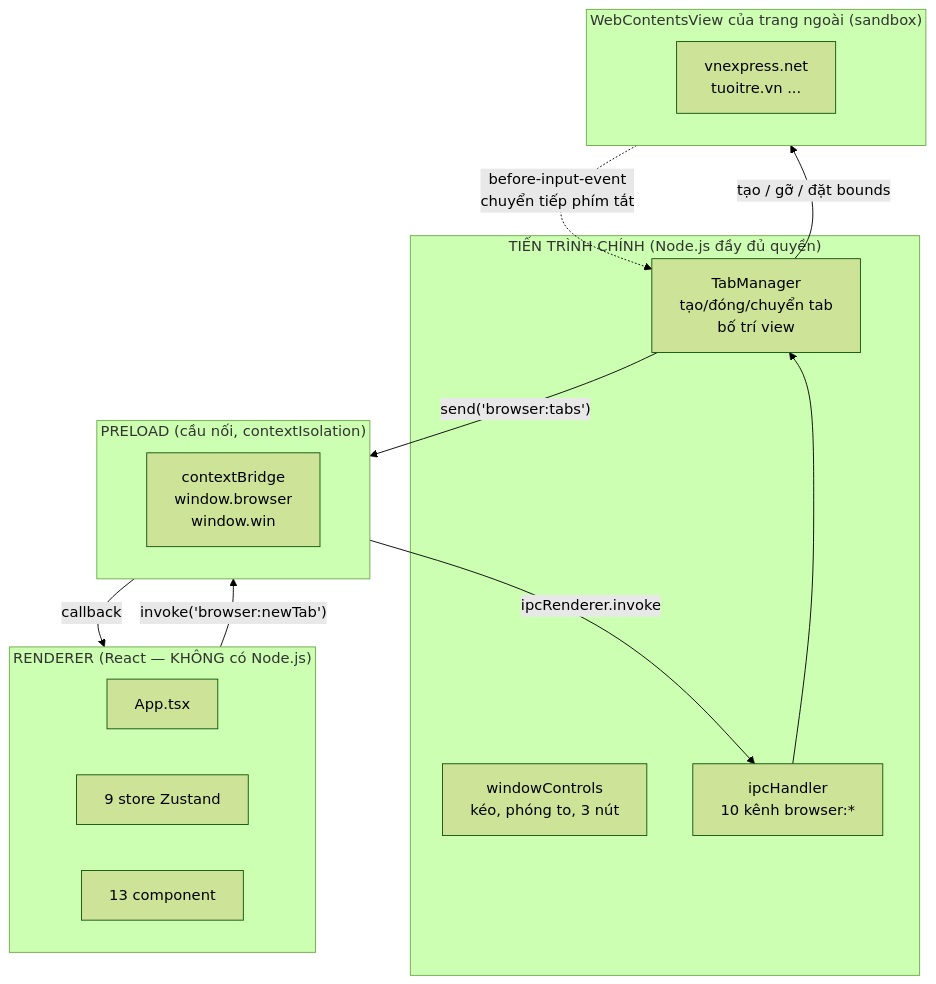
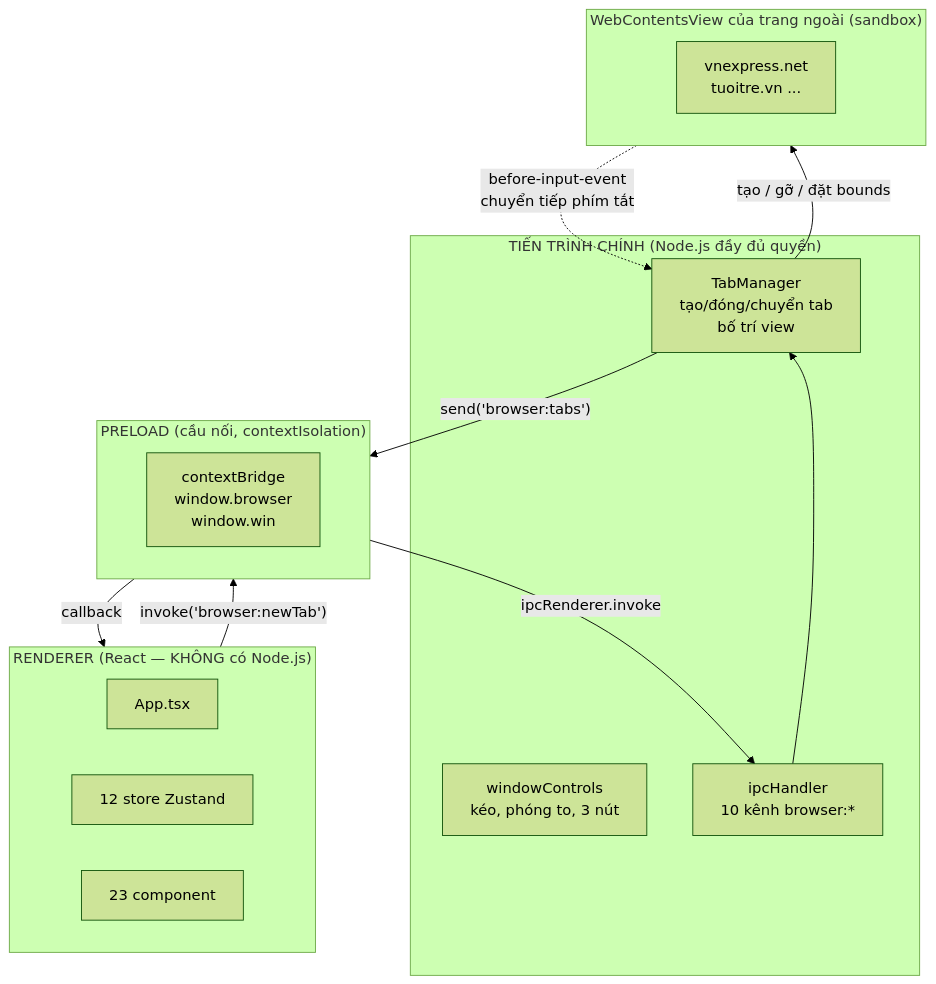
One commit to KietAnhCS/CocCoc-Plus changed the second of 8 diagrams in docs/FRONTEND.md. Above: the diagram before and after it, drawn with Mermaid (forest theme). The commit also changed other lines of this file and 10 other files, not shown here.

````diff
--- a/docs/FRONTEND.md
+++ b/docs/FRONTEND.md
@@ -159,30 +162,30 @@
 ```mermaid
 flowchart TB
     subgraph MAIN["TIẾN TRÌNH CHÍNH (Node.js đầy đủ quyền)"]
         TM["TabManager<br/>tạo/đóng/chuyển tab<br/>bố trí view"]
         WC["windowControls<br/>kéo, phóng to, 3 nút"]
         IH["ipcHandler<br/>10 kênh browser:*"]
     end
 
     subgraph PRE["PRELOAD (cầu nối, contextIsolation)"]
         CB["contextBridge<br/>window.browser<br/>window.win"]
     end
 
     subgraph REN["RENDERER (React — KHÔNG có Node.js)"]
         APP["App.tsx"]
-        ST["9 store Zustand"]
-        CP["13 component"]
+        ST["12 store Zustand"]
+        CP["23 component"]
     end
 
     subgraph EXT["WebContentsView của trang ngoài (sandbox)"]
         WEB["vnexpress.net<br/>tuoitre.vn ..."]
     end
 
     REN -->|"invoke('browser:newTab')"| PRE
     PRE -->|"ipcRenderer.invoke"| IH
     IH --> TM
     TM -->|"send('browser:tabs')"| PRE
     PRE -->|"callback"| REN
     TM -->|"tạo / gỡ / đặt bounds"| EXT
     EXT -.->|"before-input-event<br/>chuyển tiếp phím tắt"| TM
 ```
````
